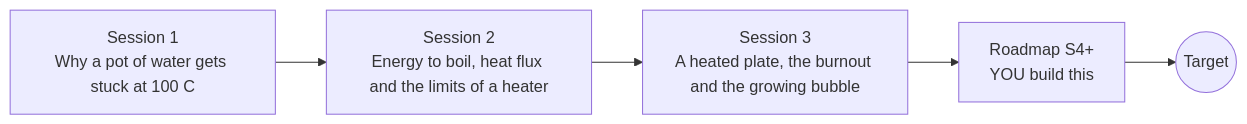
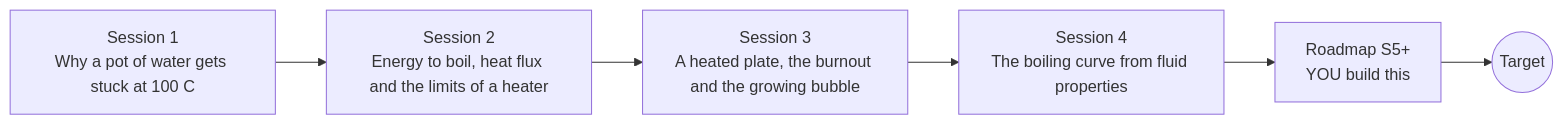
One commit to KrunalPanchal1995/openboiling changed the diagram in README.md. Above: the diagram before and after it, drawn with Mermaid. The commit also changed other lines of this file and 19 other files, not shown here.

First line of the commit message:
Add Session 4: the boiling curve from fluid properties (hub issue #69)

````diff
--- a/README.md
+++ b/README.md
@@ -87,9 +88,10 @@
 ```mermaid
 flowchart LR
   S1[Session 1<br/>Why a pot of water gets stuck at 100 C]
   S2[Session 2<br/>Energy to boil, heat flux and the limits of a heater]
   S3[Session 3<br/>A heated plate, the burnout and the growing bubble]
-  R[Roadmap S4+<br/>YOU build this]
+  S4[Session 4<br/>The boiling curve from fluid properties]
+  R[Roadmap S5+<br/>YOU build this]
   T((Target))
-  S1 --> S2 --> S3 --> R --> T
+  S1 --> S2 --> S3 --> S4 --> R --> T
 ```
````
